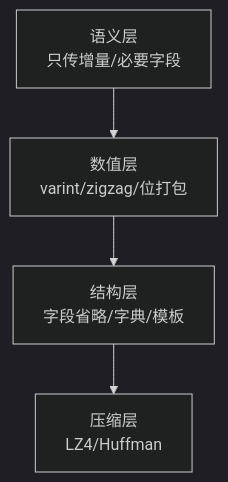
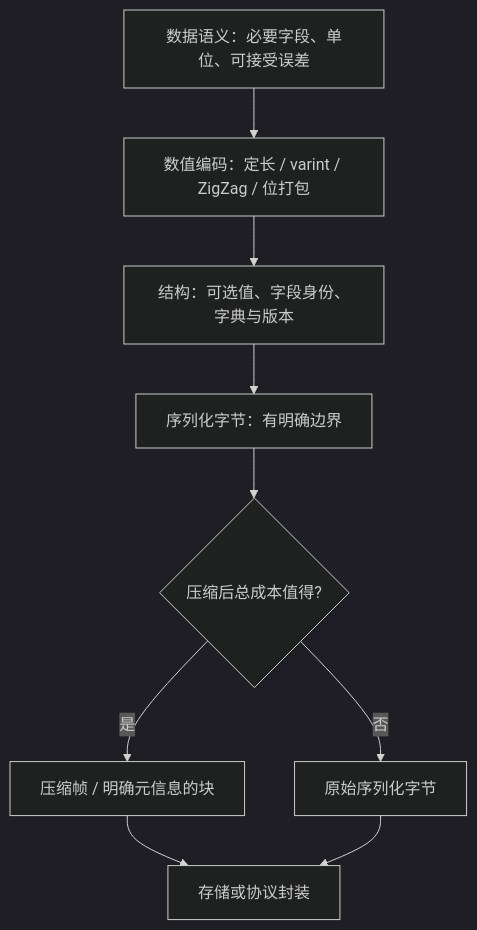
Before and after one commit to fantuan812/learning: the diagram in 知识/02-数学与游戏算法/数据结构与编码/06-数据压缩与序列化.md, drawn with Mermaid (dark theme). The commit also changed other lines of this file and 1 other file, not shown here.

````diff
--- a/知识/02-数学与游戏算法/数据结构与编码/06-数据压缩与序列化.md
+++ b/知识/02-数学与游戏算法/数据结构与编码/06-数据压缩与序列化.md
@@ -32,6 +49,11 @@
 ```mermaid
 flowchart TD
-    A["语义层\n只传增量/必要字段"] --> B["数值层\nvarint/zigzag/位打包"]
-    B --> C["结构层\n字段省略/字典/模板"]
-    C --> D["压缩层\nLZ4/Huffman"]
+    A["数据语义：必要字段、单位、可接受误差"] --> B["数值编码：定长 / varint / ZigZag / 位打包"]
+    B --> C["结构：可选值、字段身份、字典与版本"]
+    C --> D["序列化字节：有明确边界"]
+    D --> E{"压缩后总成本值得?"}
+    E -->|"是"| F["压缩帧 / 明确元信息的块"]
+    E -->|"否"| G["原始序列化字节"]
+    F --> H["存储或协议封装"]
+    G --> H
 ```
````
